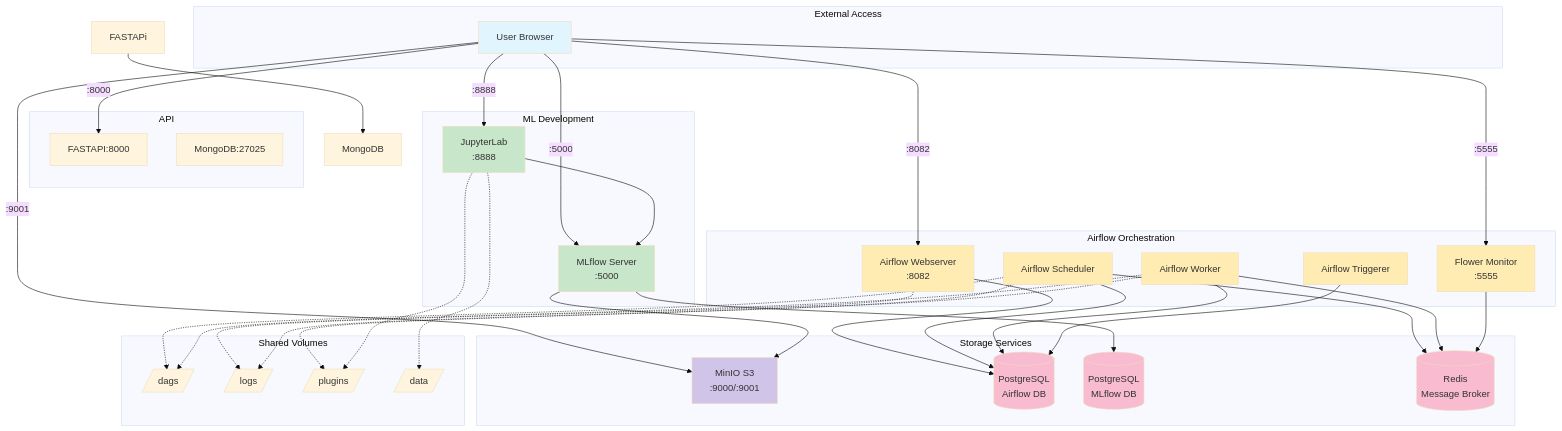
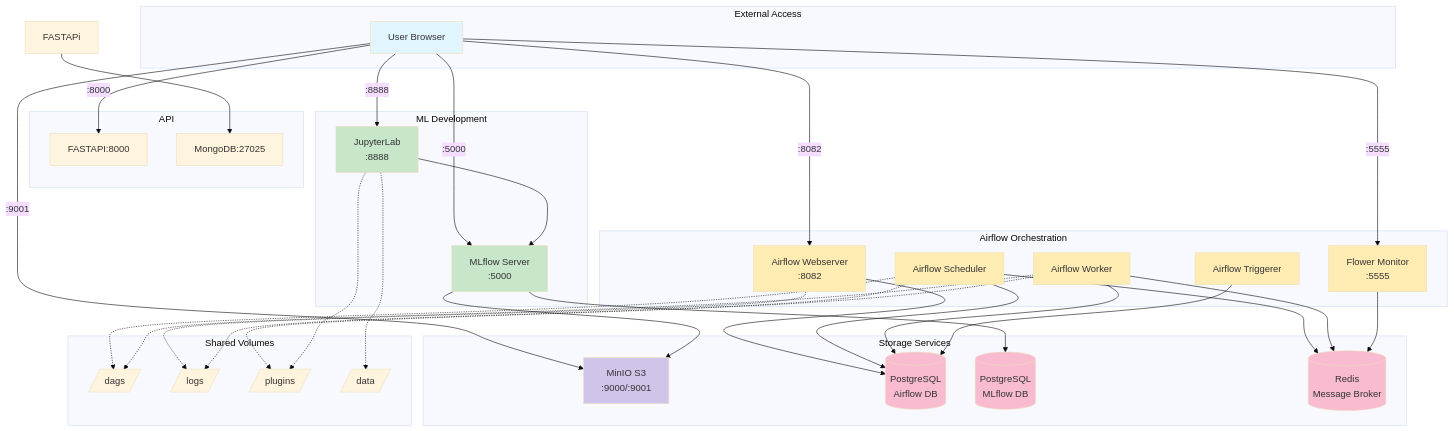
Before and after one commit to franck-roussel/MLops_Multiclass_Rakuten: the diagram in README.md, drawn with Mermaid (base theme). The commit also changed other lines of this file, not shown here.

Commit message:
Update README with improved formatting and content

````diff
--- a/README.md
+++ b/README.md
@@ -7,80 +7,80 @@
 ```mermaid
 graph TB
     subgraph "External Access"
         USER[User Browser]
     end
 
     subgraph "API"
         FASTAPI[FASTAPI:8000]
-        MONGODB[MongoDB:27025]
+        MongoDB[MongoDB:27025]
     end
 
     subgraph "Airflow Orchestration"
         WEBSERVER[Airflow Webserver<br/>:8082]
         SCHEDULER[Airflow Scheduler]
         WORKER[Airflow Worker]
         TRIGGERER[Airflow Triggerer]
         FLOWER[Flower Monitor<br/>:5555]
     end
 
     subgraph "ML Development"
         JUPYTER[JupyterLab<br/>:8888]
         MLFLOW[MLflow Server<br/>:5000]
     end
     
     subgraph "Storage Services"
         MINIO[MinIO S3<br/>:9000/:9001]
         POSTGRES_AF[(PostgreSQL<br/>Airflow DB)]
         POSTGRES_ML[(PostgreSQL<br/>MLflow DB)]
         REDIS[(Redis<br/>Message Broker)]
     end
     
     subgraph "Shared Volumes"
         DAGS[/dags/]
         LOGS[/logs/]
         PLUGINS[/plugins/]
         DATA[/data/]
     end
 
     USER -->|:8000| FASTAPI
     USER -->|:8082| WEBSERVER
     USER -->|:8888| JUPYTER
     USER -->|:5000| MLFLOW
     USER -->|:9001| MINIO
     USER -->|:5555| FLOWER
     
     
     WEBSERVER --> POSTGRES_AF
     SCHEDULER --> POSTGRES_AF
     SCHEDULER --> REDIS
     WORKER --> REDIS
     WORKER --> POSTGRES_AF
     TRIGGERER --> POSTGRES_AF
     FLOWER --> REDIS
     FASTAPi --> MongoDB
     
     MLFLOW --> POSTGRES_ML
     MLFLOW --> MINIO
     JUPYTER --> MLFLOW
     
     SCHEDULER -.-> DAGS
     WORKER -.-> DAGS
     WORKER -.-> PLUGINS
     WEBSERVER -.-> LOGS
     SCHEDULER -.-> LOGS
     JUPYTER -.-> DATA
     JUPYTER -.-> PLUGINS
     
     style USER fill:#e1f5ff
     style WEBSERVER fill:#ffecb3
     style SCHEDULER fill:#ffecb3
     style WORKER fill:#ffecb3
     style TRIGGERER fill:#ffecb3
     style FLOWER fill:#ffecb3
     style JUPYTER fill:#c8e6c9
     style MLFLOW fill:#c8e6c9
     style POSTGRES_AF fill:#f8bbd0
     style POSTGRES_ML fill:#f8bbd0
     style REDIS fill:#f8bbd0
     style MINIO fill:#d1c4e9
 ```
````
